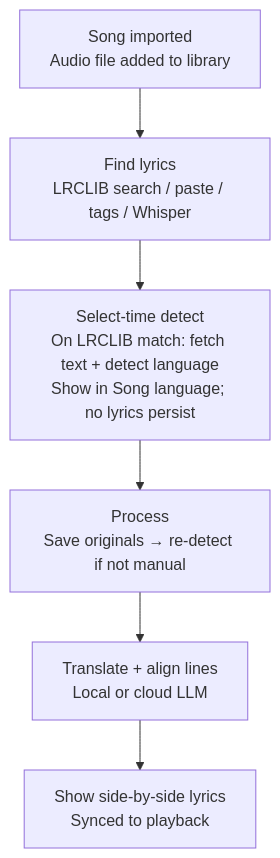
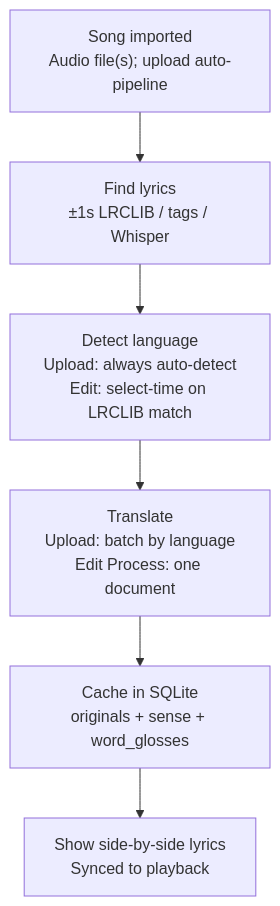
Before and after one commit to RickyuXen/Melodica: the second of 2 diagrams in plan.md, drawn with Mermaid. The commit also changed other lines of this file and 18 other files, not shown here.

Commit message:
Feature: Multi-uploads, volume slider, auto pipeline

````diff
--- a/plan.md
+++ b/plan.md
@@ -56,8 +56,8 @@
 ```mermaid
 flowchart TB
-    A["Song imported<br/>Audio file added to library"] --> B["Find lyrics<br/>LRCLIB search / paste / tags / Whisper"]
-    B --> B2["Select-time detect<br/>On LRCLIB match: fetch text + detect language<br/>Show in Song language; no lyrics persist"]
-    B2 --> C["Process<br/>Save originals → re-detect if not manual"]
-    C --> D["Translate + align lines<br/>Local or cloud LLM"]
+    A["Song imported<br/>Audio file(s); upload auto-pipeline"] --> B["Find lyrics<br/>±1s LRCLIB / tags / Whisper"]
+    B --> B2["Detect language<br/>Upload: always auto-detect<br/>Edit: select-time on LRCLIB match"]
+    B2 --> C["Translate<br/>Upload: batch by language<br/>Edit Process: one document"]
+    C --> D["Cache in SQLite<br/>originals + sense + word_glosses"]
     D --> E["Show side-by-side lyrics<br/>Synced to playback"]
 ```
````
